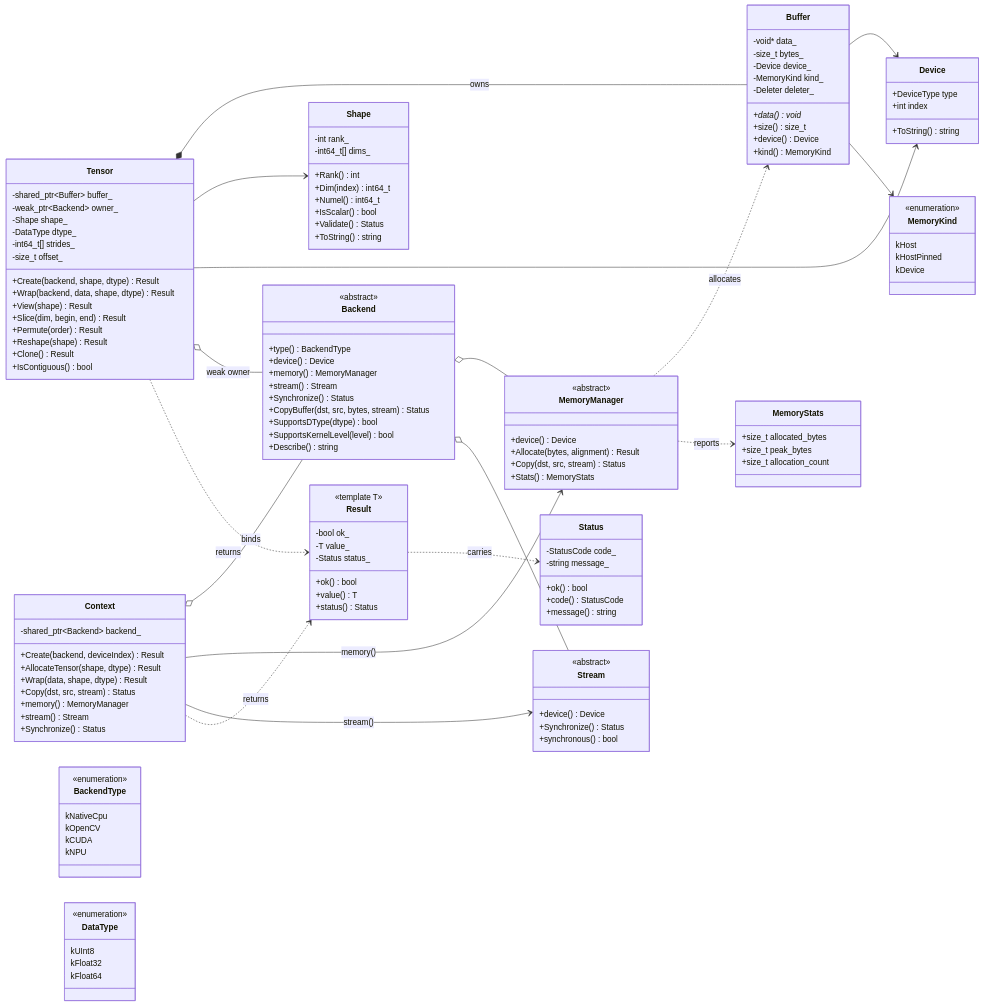
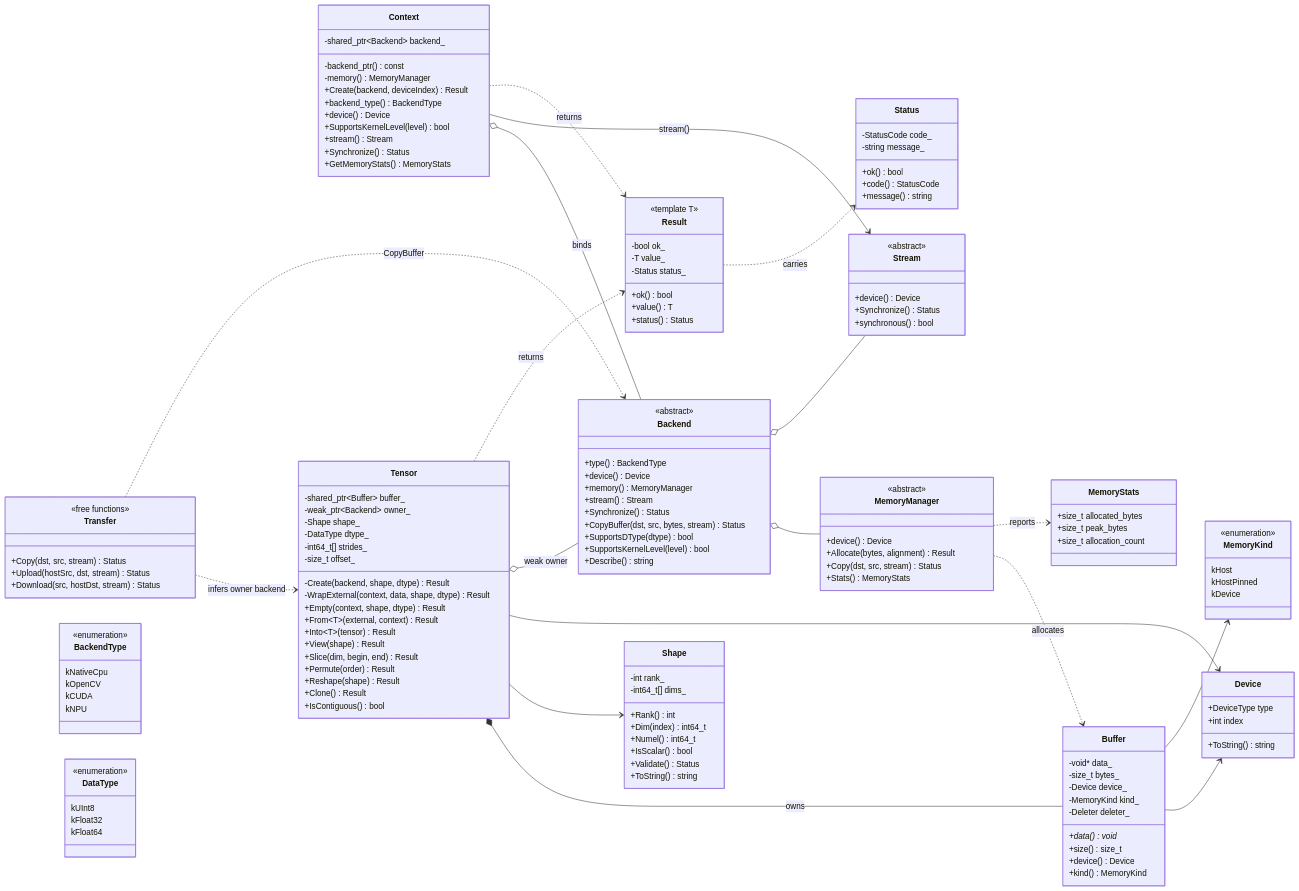
Before and after one commit to CourtJadeLiquor/hpcplatform: the first of 3 diagrams in docs/architecture.md, drawn with Mermaid. The commit also changed other lines of this file and 75 other files, not shown here.

```diff
--- a/docs/architecture.md
+++ b/docs/architecture.md
@@ -389,13 +393,15 @@
 
   class Context {
     -shared_ptr~Backend~ backend_
+    -backend_ptr() const
+    -memory() MemoryManager
     +Create(backend, deviceIndex) Result
-    +AllocateTensor(shape, dtype) Result
-    +Wrap(data, shape, dtype) Result
-    +Copy(dst, src, stream) Status
-    +memory() MemoryManager
+    +backend_type() BackendType
+    +device() Device
+    +SupportsKernelLevel(level) bool
     +stream() Stream
     +Synchronize() Status
+    +GetMemoryStats() MemoryStats
   }
 
   class Tensor {
@@ -405,14 +411,24 @@
     -DataType dtype_
     -int64_t[] strides_
     -size_t offset_
-    +Create(backend, shape, dtype) Result
-    +Wrap(backend, data, shape, dtype) Result
+    -Create(backend, shape, dtype) Result
+    -WrapExternal(context, data, shape, dtype) Result
+    +Empty(context, shape, dtype) Result
+    +From~T~(external, context) Result
+    +Into~T~(tensor) Result
     +View(shape) Result
     +Slice(dim, begin, end) Result
     +Permute(order) Result
     +Reshape(shape) Result
     +Clone() Result
     +IsContiguous() bool
+  }
+
+  class Transfer {
+    <<free functions>>
+    +Copy(dst, src, stream) Status
+    +Upload(hostSrc, dst, stream) Status
+    +Download(src, hostDst, stream) Status
   }
 
   class Status {
@@ -466,8 +482,9 @@
   Tensor --> Device
   Tensor o-- Backend : weak owner
   Context o-- Backend : binds
-  Context --> MemoryManager : memory()
   Context --> Stream : stream()
+  Transfer ..> Tensor : infers owner backend
+  Transfer ..> Backend : CopyBuffer
   Backend o-- MemoryManager
   Backend o-- Stream
   MemoryManager ..> Buffer : allocates
```
